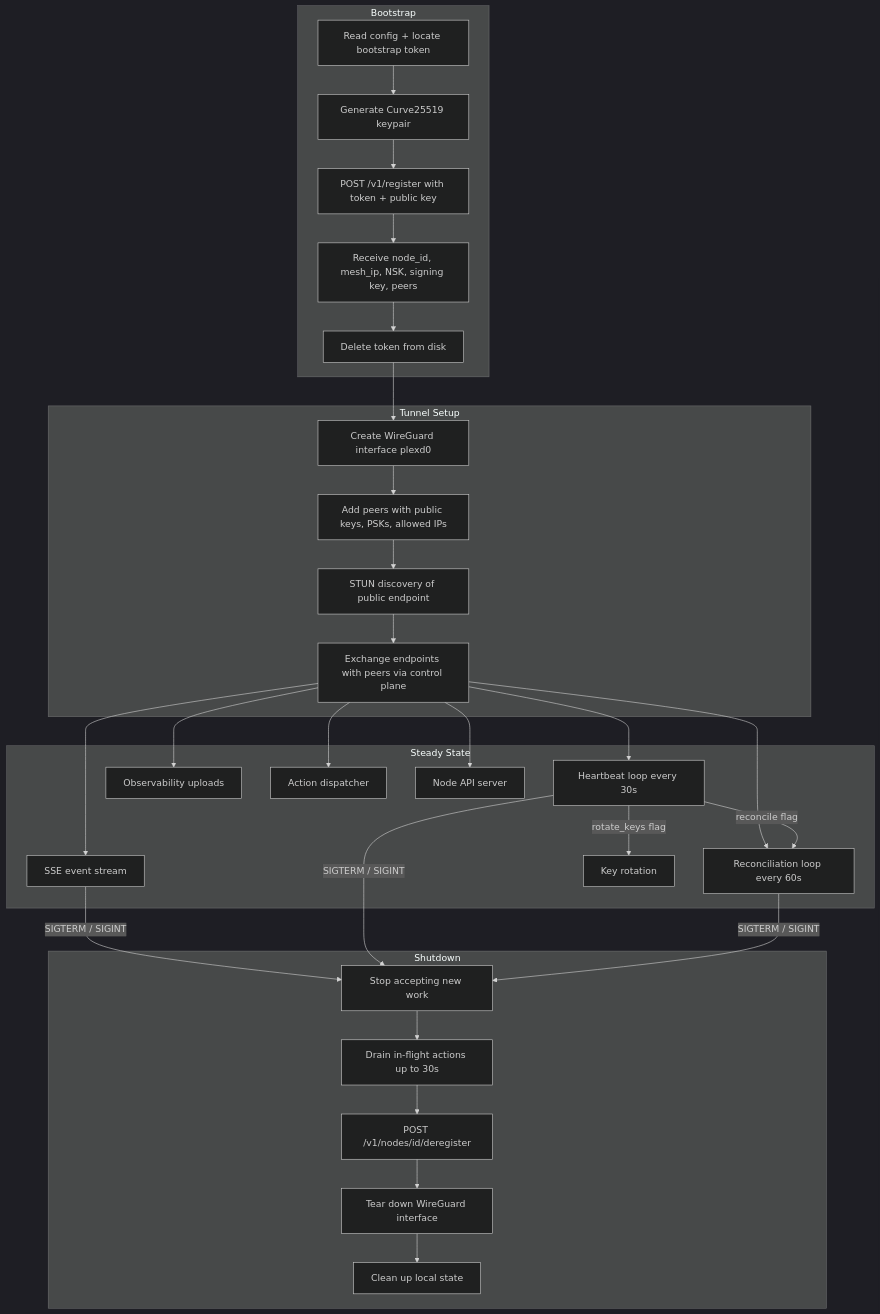
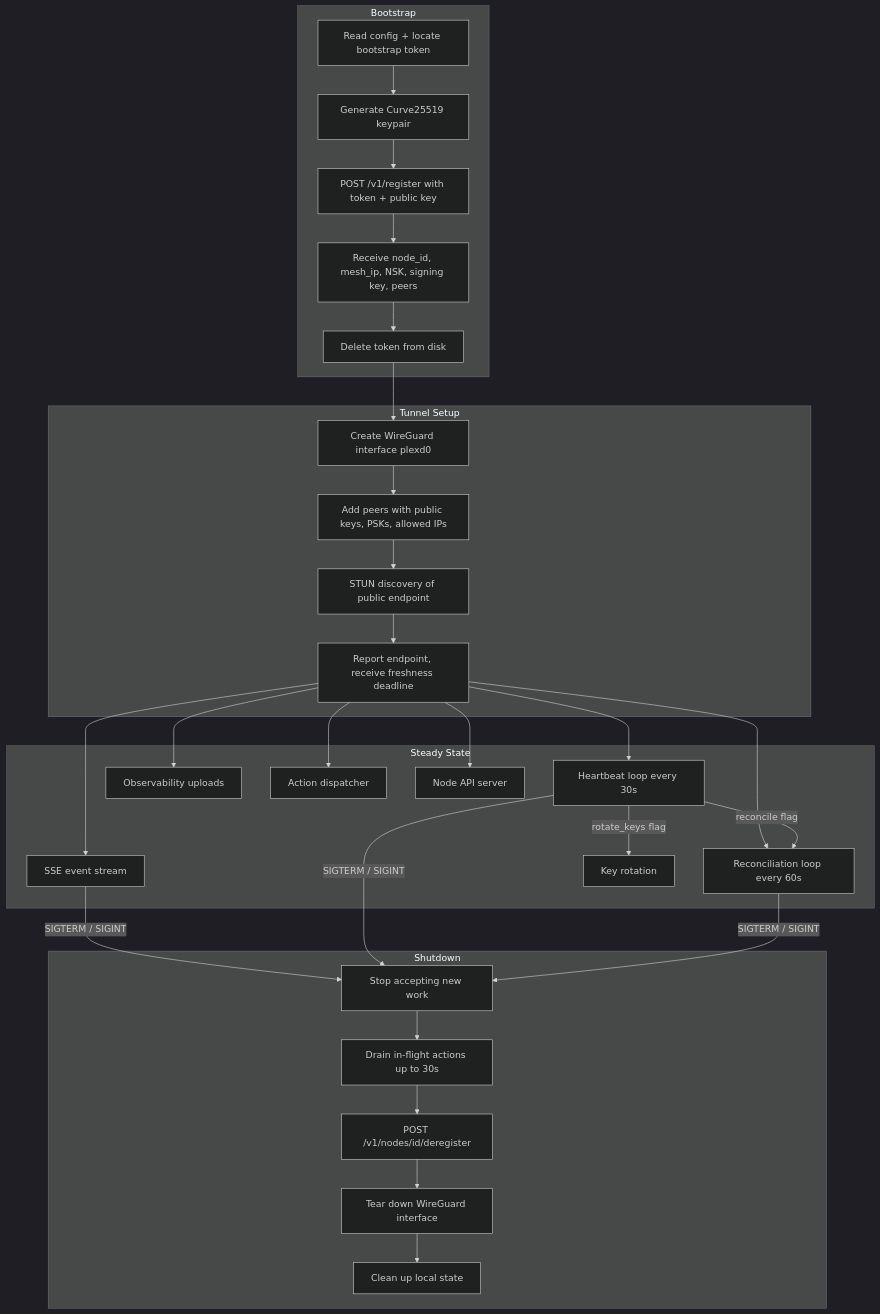
The second of 4 diagrams in docs/guide/platform-communication.md (plexsphere/plexd), drawn with Mermaid (dark theme) before and after one commit. The commit also changed other lines of this file and 9 other files, not shown here.

````diff
--- a/docs/guide/platform-communication.md
+++ b/docs/guide/platform-communication.md
@@ -73,35 +73,35 @@
 ```mermaid
 flowchart TD
     subgraph Bootstrap
         B1[Read config + locate bootstrap token] --> B2[Generate Curve25519 keypair]
         B2 --> B3[POST /v1/register with token + public key]
         B3 --> B4[Receive node_id, mesh_ip, NSK, signing key, peers]
         B4 --> B5[Delete token from disk]
     end
 
     subgraph Tunnel Setup
         B5 --> T1[Create WireGuard interface plexd0]
         T1 --> T2[Add peers with public keys, PSKs, allowed IPs]
         T2 --> T3[STUN discovery of public endpoint]
-        T3 --> T4[Exchange endpoints with peers via control plane]
+        T3 --> T4[Report endpoint, receive freshness deadline]
     end
 
     subgraph Steady State
         T4 --> S1[SSE event stream]
         T4 --> S2[Heartbeat loop every 30s]
         T4 --> S3[Reconciliation loop every 60s]
         S2 -->|reconcile flag| S3
         S2 -->|rotate_keys flag| S4[Key rotation]
         T4 --> S5[Observability uploads]
         T4 --> S6[Action dispatcher]
         T4 --> S7[Node API server]
     end
 
     subgraph Shutdown
         S1 & S2 & S3 -->|SIGTERM / SIGINT| D1[Stop accepting new work]
         D1 --> D2[Drain in-flight actions up to 30s]
         D2 --> D3[POST /v1/nodes/id/deregister]
         D3 --> D4[Tear down WireGuard interface]
         D4 --> D5[Clean up local state]
     end
 ```
````
